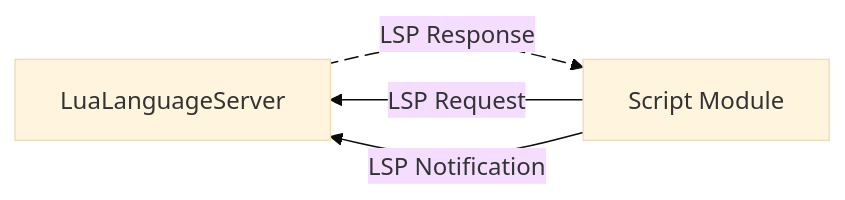
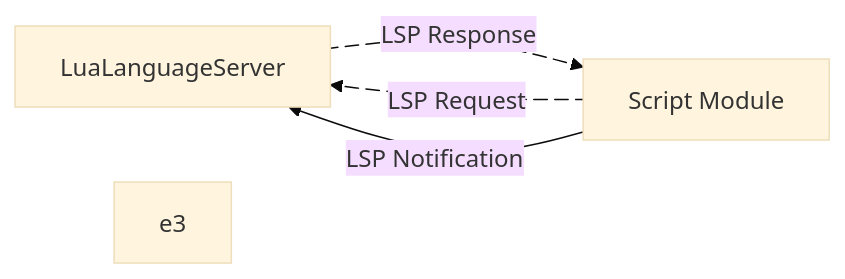
Before and after one commit to zyt20001205/UniComm2: the second of 2 diagrams in readme.md, drawn with Mermaid (base theme).

Commit message:
final testing: minor fix

````diff
--- a/readme.md
+++ b/readme.md
@@ -135,9 +135,11 @@
 ```mermaid
 flowchart LR
     luaLanguageServer[LuaLanguageServer]
     scriptModule[Script Module]
     luaLanguageServer e1@-->|LSP Response| scriptModule
-    scriptModule e1@-->|LSP Request| luaLanguageServer
-    scriptModule e1@-->|LSP Notification| luaLanguageServer
+    scriptModule e2@-->|LSP Request| luaLanguageServer
+    scriptModule e2@-->|LSP Notification| luaLanguageServer
     e1@{ animate: true }
+    e2@{ animate: true }
+    e3@{ animate: true }
 ```
````
